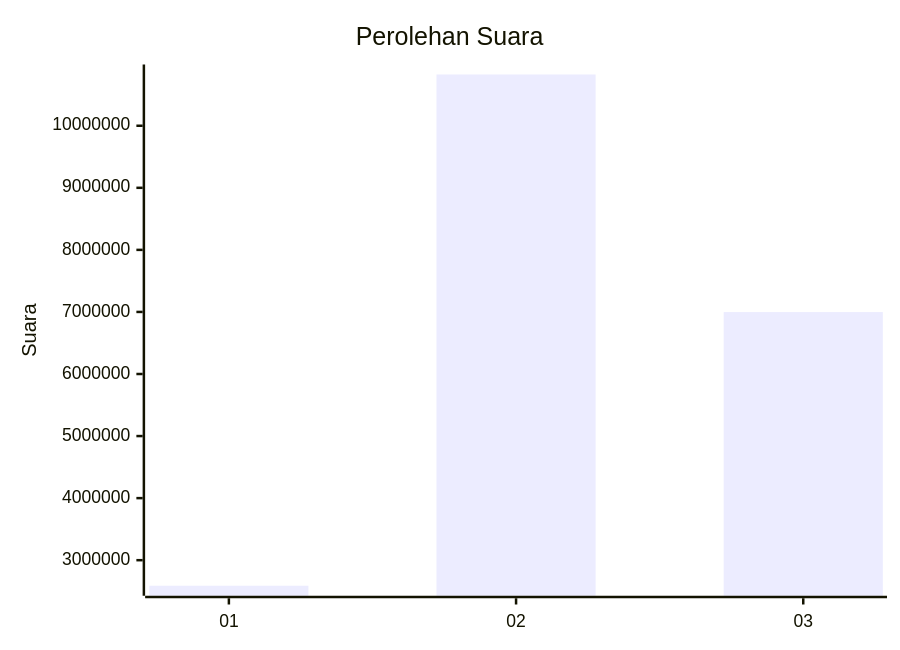
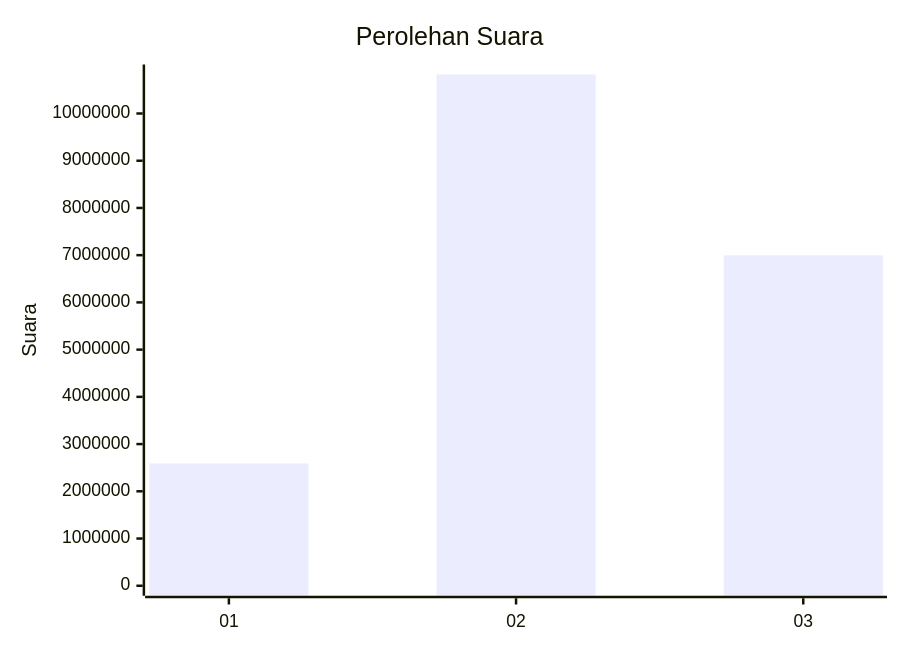
Before and after one commit to gigit-pemilu/pemilu-2024: the first of 2 diagrams in pilpres/hitung-suara/sub/table-wilayah-33.md, drawn with Mermaid. The commit also changed 42 other files, not shown here.

````diff
--- a/pilpres/hitung-suara/sub/table-wilayah-33.md
+++ b/pilpres/hitung-suara/sub/table-wilayah-33.md
@@ -7,7 +7,7 @@
 ```mermaid
 xychart-beta
     title "Perolehan Suara"
     x-axis [01, 02, 03]
-    y-axis "Suara"
+    y-axis "Suara" 0 --> 10825724
     bar [2588113, 10825724, 6998079]
 ```
````
